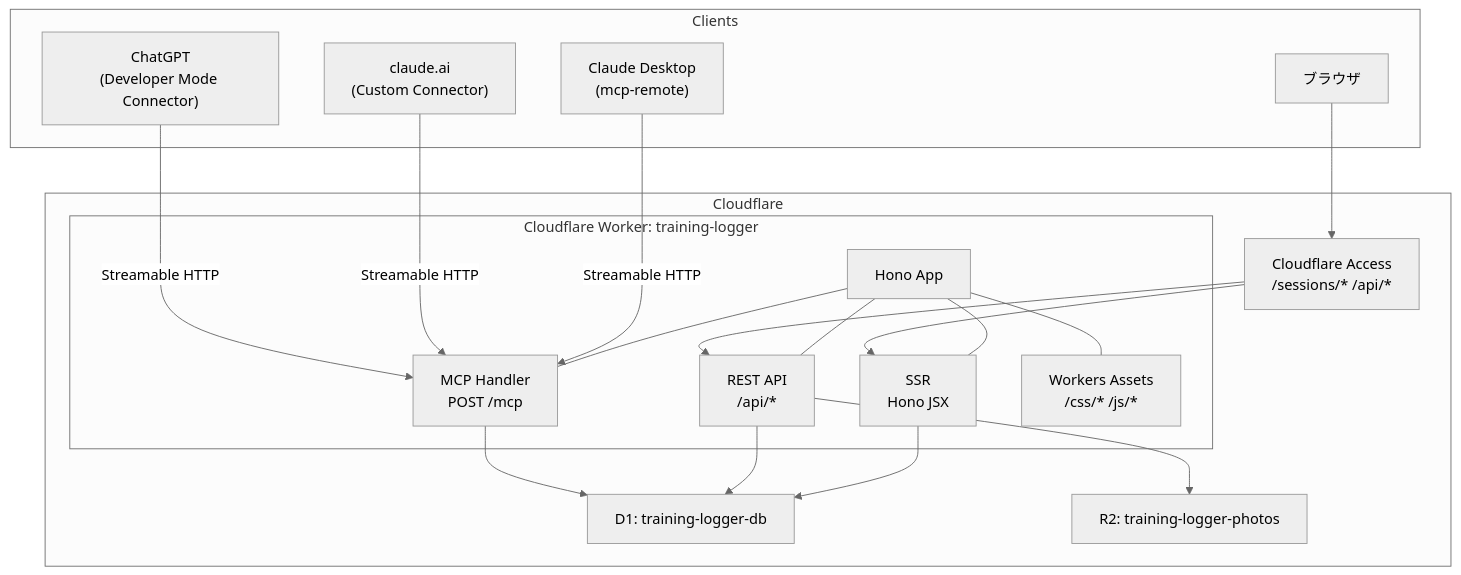
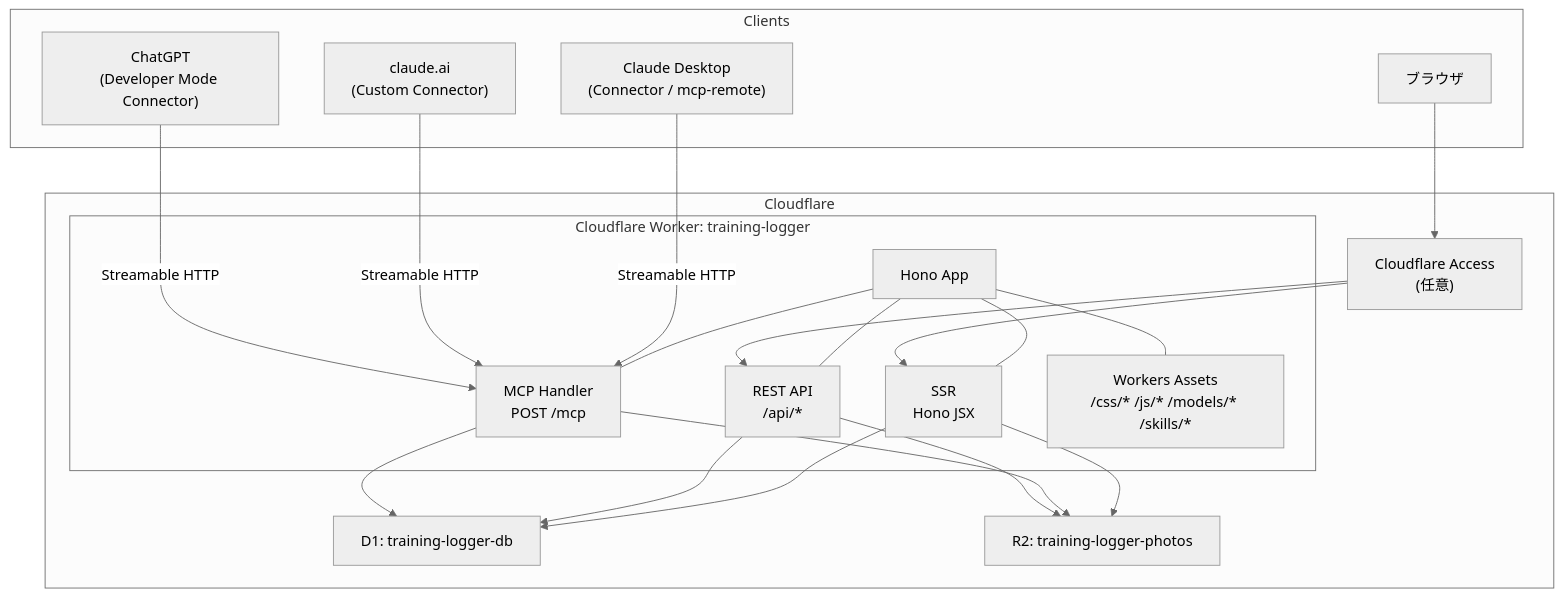
Before and after one commit to japan4415/training-logger: the first of 3 diagrams in docs/architecture.md, drawn with Mermaid (neutral theme). The commit also changed other lines of this file and 12 other files, not shown here.

````diff
--- a/docs/architecture.md
+++ b/docs/architecture.md
@@ -41,41 +41,43 @@
 ```mermaid
 graph TB
     subgraph Clients
         ChatGPT["ChatGPT<br/>(Developer Mode Connector)"]
         ClaudeAI["claude.ai<br/>(Custom Connector)"]
-        ClaudeDesktop["Claude Desktop<br/>(mcp-remote)"]
+        ClaudeDesktop["Claude Desktop<br/>(Connector / mcp-remote)"]
         Browser["ブラウザ"]
     end
 
     subgraph Cloudflare
-        Access["Cloudflare Access<br/>/sessions/* /api/*"]
+        Access["Cloudflare Access<br/>(任意)"]
         subgraph Worker["Cloudflare Worker: training-logger"]
             HonoApp["Hono App"]
             MCP["MCP Handler<br/>POST /mcp"]
             REST["REST API<br/>/api/*"]
             SSR["SSR<br/>Hono JSX"]
-            Assets["Workers Assets<br/>/css/* /js/*"]
+            Assets["Workers Assets<br/>/css/* /js/* /models/* /skills/*"]
         end
 
         D1["D1: training-logger-db"]
         R2["R2: training-logger-photos"]
     end
 
     ChatGPT -->|"Streamable HTTP"| MCP
     ClaudeAI -->|"Streamable HTTP"| MCP
     ClaudeDesktop -->|"Streamable HTTP"| MCP
 
     Browser --> Access
     Access --> SSR
     Access --> REST
 
     HonoApp --- MCP
     HonoApp --- REST
     HonoApp --- SSR
     HonoApp --- Assets
 
     MCP --> D1
     REST --> D1
     SSR --> D1
     REST --> R2
+    MCP --> R2
+    SSR --> R2
 ```
````
